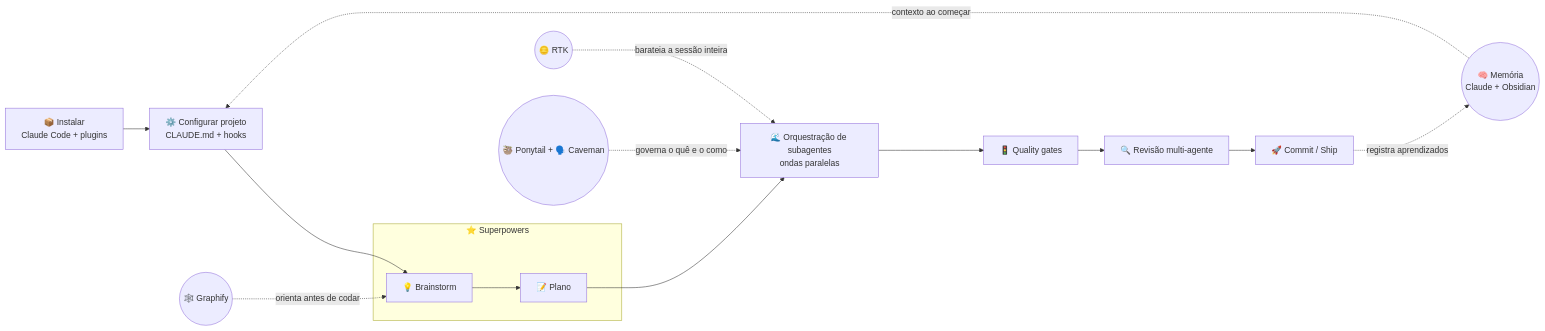
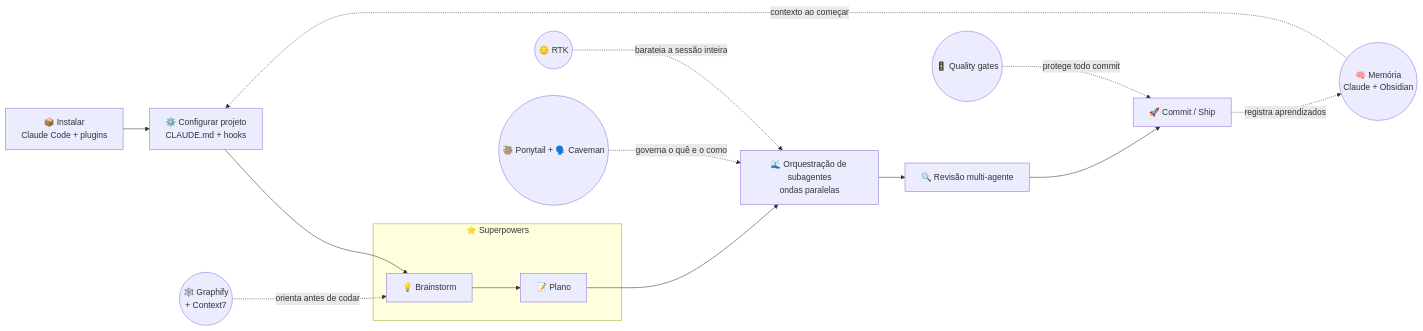
Before and after one commit to soumatheusgomes/vibe-coding-toolkit: the diagram in README.md, drawn with Mermaid. The commit also changed other lines of this file and 8 other files, not shown here.

````diff
--- a/README.md
+++ b/README.md
@@ -71,29 +75,30 @@
 ```mermaid
 flowchart LR
     Install["📦 Instalar<br/>Claude Code + plugins"]
     Setup["⚙️ Configurar projeto<br/>CLAUDE.md + hooks"]
     Brain["💡 Brainstorm"]
     Plan["📝 Plano"]
     Waves["🌊 Orquestração de subagentes<br/>ondas paralelas"]
-    Gate["🚦 Quality gates"]
     Review["🔍 Revisão multi-agente"]
     Ship["🚀 Commit / Ship"]
 
-    Install --> Setup --> Brain --> Plan --> Waves --> Gate --> Review --> Ship
+    Install --> Setup --> Brain --> Plan --> Waves --> Review --> Ship
 
     subgraph SP["⭐ Superpowers"]
         Brain
         Plan
     end
 
-    Graphify(("🕸️ Graphify"))
+    Graphify(("🕸️ Graphify<br/>+ Context7"))
     RTK(("🪙 RTK"))
     Persona(("🦥 Ponytail + 🗣️ Caveman"))
     Memory(("🧠 Memória<br/>Claude + Obsidian"))
+    Gate(("🚦 Quality gates"))
 
     Graphify -. orienta antes de codar .-> Brain
     RTK -. barateia a sessão inteira .-> Waves
     Persona -. governa o quê e o como .-> Waves
     Memory -. contexto ao começar .-> Setup
+    Gate -. protege todo commit .-> Ship
     Ship -. registra aprendizados .-> Memory
 ```
````
